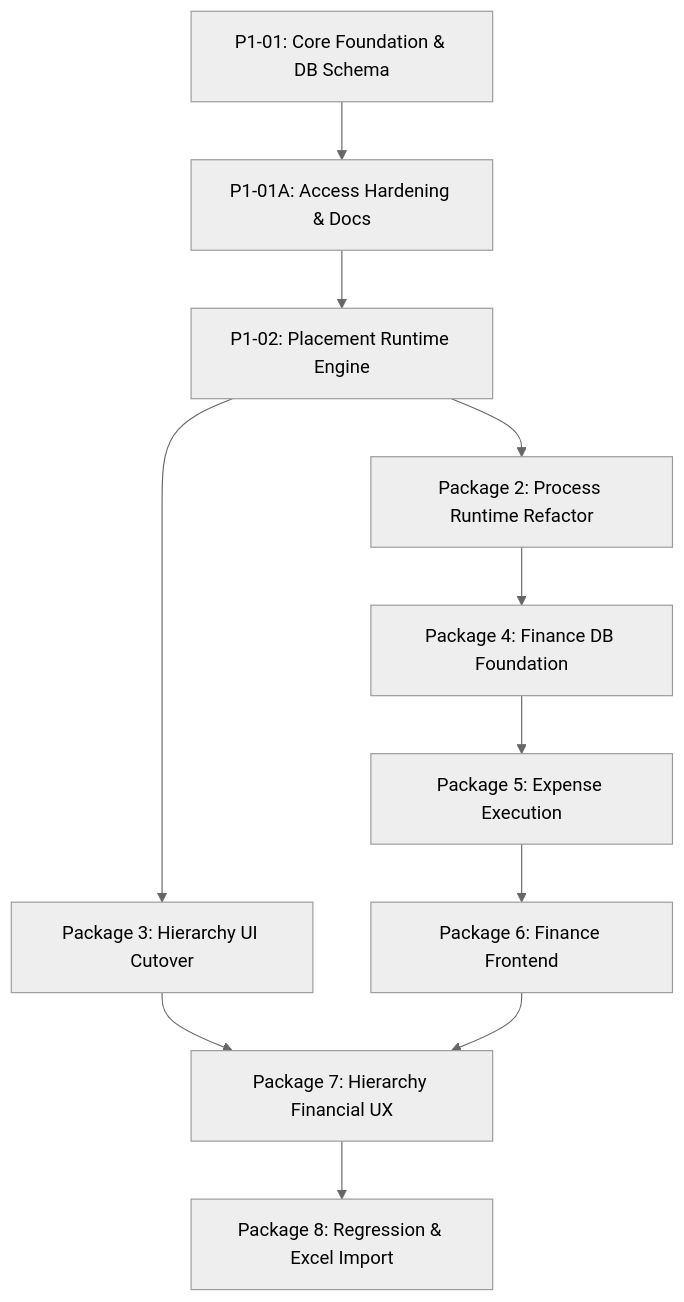
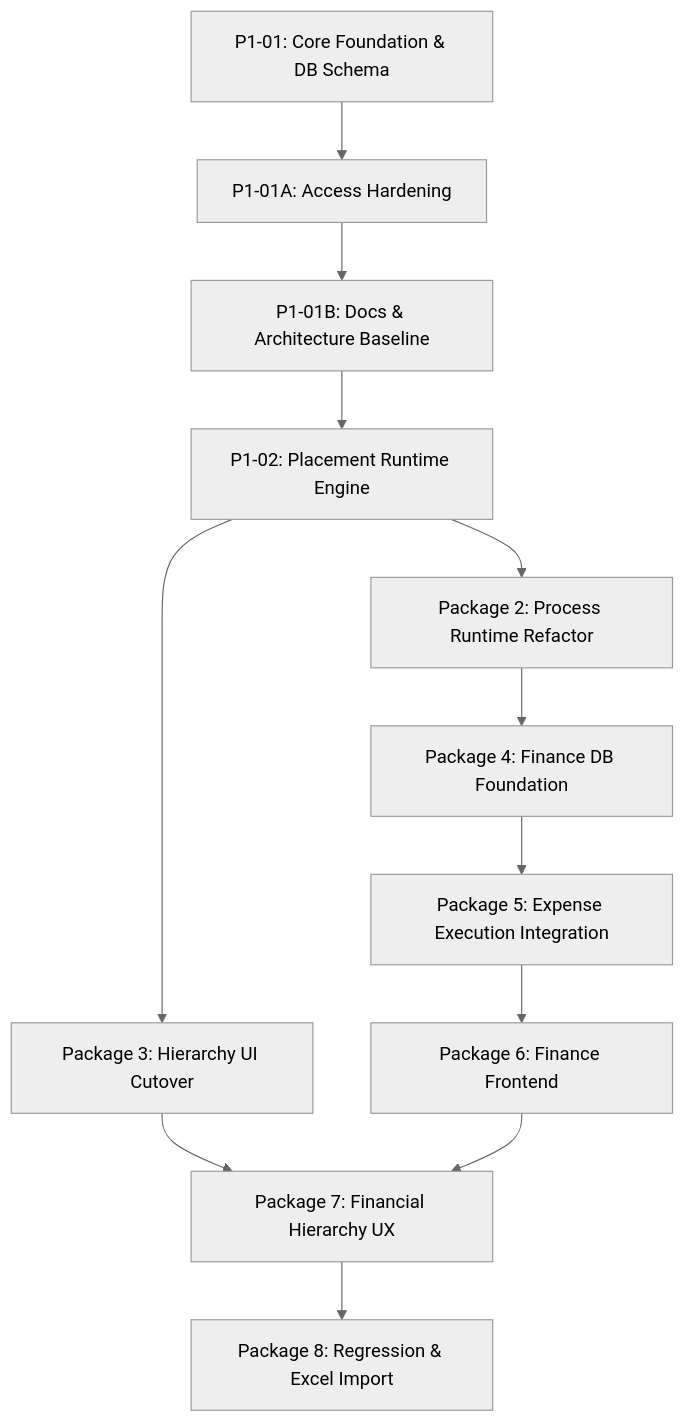
The diagram in Documentation/00_Governance/IMPLEMENTATION_ROADMAP.md (abzops/sns-projects), drawn with Mermaid (neutral theme) before and after one commit. The commit also changed other lines of this file and 14 other files, not shown here.

Commit message:
docs: establish authoritative architecture and decision baseline

````diff
--- a/Documentation/00_Governance/IMPLEMENTATION_ROADMAP.md
+++ b/Documentation/00_Governance/IMPLEMENTATION_ROADMAP.md
@@ -28,13 +29,14 @@
 ```mermaid
 graph TD
-    P1_01[P1-01: Core Foundation & DB Schema] --> P1_01A[P1-01A: Access Hardening & Docs]
-    P1_01A --> P1_02[P1-02: Placement Runtime Engine]
+    P1_01[P1-01: Core Foundation & DB Schema] --> P1_01A[P1-01A: Access Hardening]
+    P1_01A --> P1_01B[P1-01B: Docs & Architecture Baseline]
+    P1_01B --> P1_02[P1-02: Placement Runtime Engine]
     P1_02 --> P2[Package 2: Process Runtime Refactor]
     P1_02 --> P3[Package 3: Hierarchy UI Cutover]
     P2 --> P4[Package 4: Finance DB Foundation]
-    P4 --> P5[Package 5: Expense Execution]
+    P4 --> P5[Package 5: Expense Execution Integration]
     P5 --> P6[Package 6: Finance Frontend]
-    P3 --> P7[Package 7: Hierarchy Financial UX]
+    P3 --> P7[Package 7: Financial Hierarchy UX]
     P6 --> P7
     P7 --> P8[Package 8: Regression & Excel Import]
 ```
````
